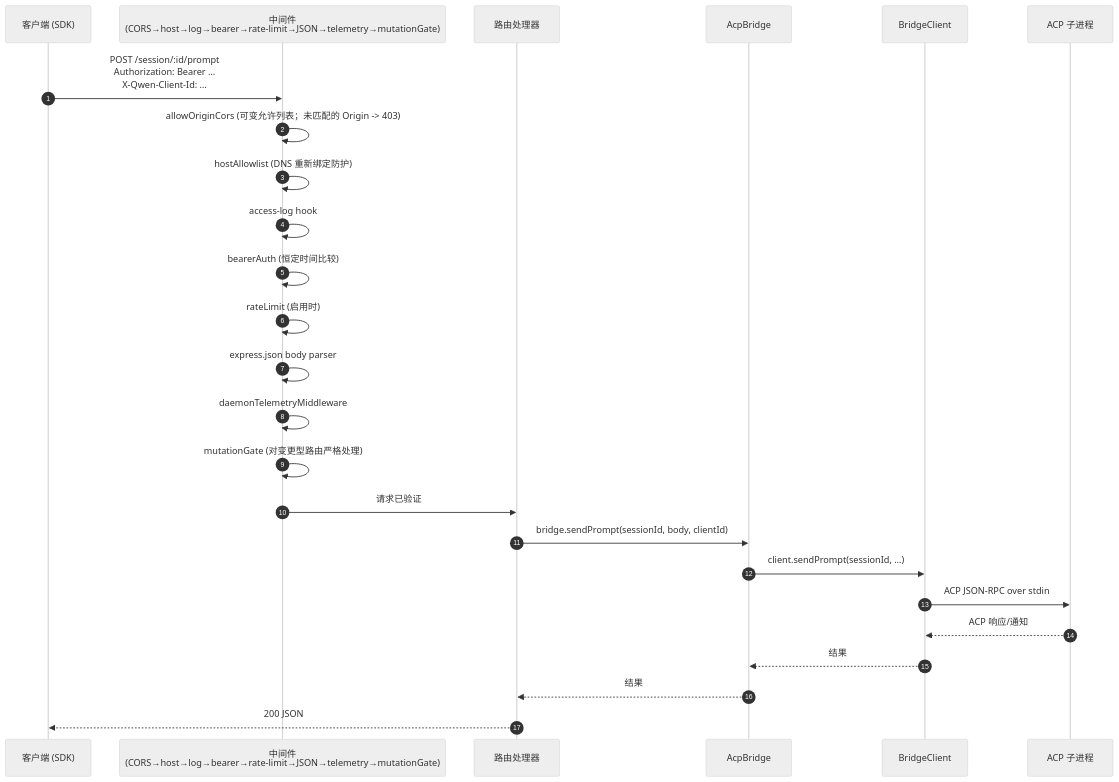
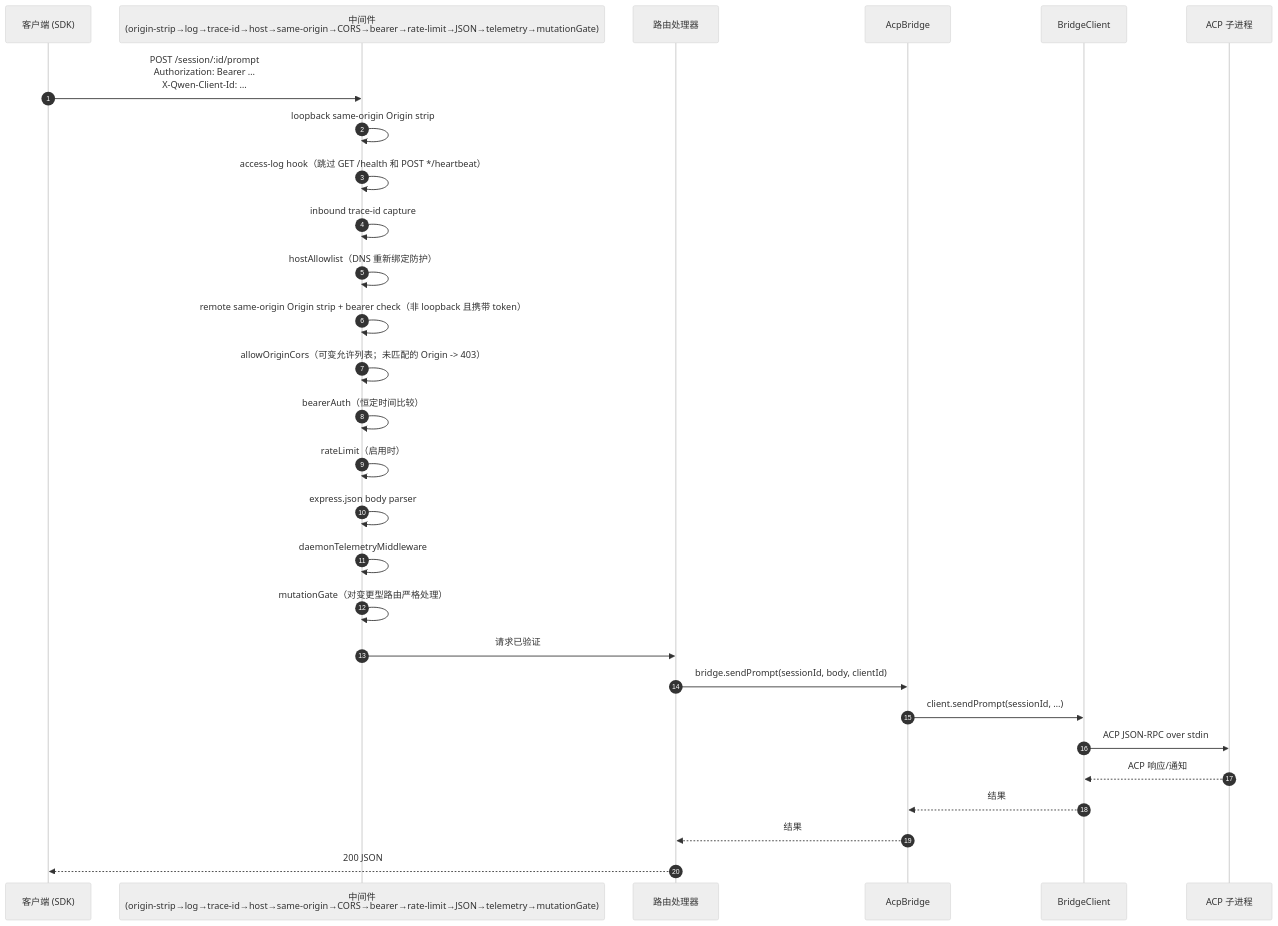
One commit to QwenLM/qwen-code-docs changed the third of 7 diagrams in website/content/zh/developers/daemon/01-architecture.md. Above: the diagram before and after it, drawn with Mermaid (neutral theme). The commit also changed 60 other files, not shown here.

````diff
--- a/website/content/zh/developers/daemon/01-architecture.md
+++ b/website/content/zh/developers/daemon/01-architecture.md
@@ -146,28 +146,31 @@
 ```mermaid
 sequenceDiagram
     autonumber
     participant C as 客户端 (SDK)
-    participant MW as 中间件<br/>(CORS→host→log→bearer→rate-limit→JSON→telemetry→mutationGate)
+    participant MW as 中间件<br/>(origin-strip→log→trace-id→host→same-origin→CORS→bearer→rate-limit→JSON→telemetry→mutationGate)
     participant R as 路由处理器
     participant BR as AcpBridge
     participant BC as BridgeClient
     participant CH as ACP 子进程
 
     C->>MW: POST /session/:id/prompt<br/>Authorization: Bearer …<br/>X-Qwen-Client-Id: …
-    MW->>MW: allowOriginCors (可变允许列表；未匹配的 Origin -> 403)
-    MW->>MW: hostAllowlist (DNS 重新绑定防护)
-    MW->>MW: access-log hook
-    MW->>MW: bearerAuth (恒定时间比较)
-    MW->>MW: rateLimit (启用时)
+    MW->>MW: loopback same-origin Origin strip
+    MW->>MW: access-log hook（跳过 GET /health 和 POST */heartbeat）
+    MW->>MW: inbound trace-id capture
+    MW->>MW: hostAllowlist（DNS 重新绑定防护）
+    MW->>MW: remote same-origin Origin strip + bearer check（非 loopback 且携带 token）
+    MW->>MW: allowOriginCors（可变允许列表；未匹配的 Origin -> 403）
+    MW->>MW: bearerAuth（恒定时间比较）
+    MW->>MW: rateLimit（启用时）
     MW->>MW: express.json body parser
     MW->>MW: daemonTelemetryMiddleware
-    MW->>MW: mutationGate (对变更型路由严格处理)
+    MW->>MW: mutationGate（对变更型路由严格处理）
     MW->>R: 请求已验证
     R->>BR: bridge.sendPrompt(sessionId, body, clientId)
     BR->>BC: client.sendPrompt(sessionId, …)
     BC->>CH: ACP JSON-RPC over stdin
     CH-->>BC: ACP 响应/通知
     BC-->>BR: 结果
     BR-->>R: 结果
     R-->>C: 200 JSON
 ```
````
